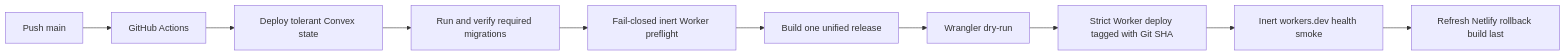
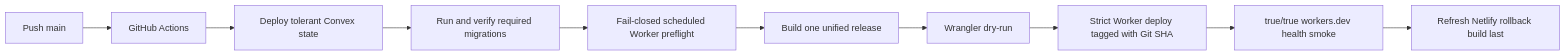
The diagram in docs/deployment.md (ndelangen/tanstack-start), drawn with Mermaid before and after one commit. The commit also changed other lines of this file and 7 other files, not shown here.

````diff
--- a/docs/deployment.md
+++ b/docs/deployment.md
@@ -145,12 +155,12 @@
 ```mermaid
 flowchart LR
     Git[Push main] --> GHA[GitHub Actions]
     GHA --> ConvexDeploy[Deploy tolerant Convex state]
     ConvexDeploy --> Migrations[Run and verify required migrations]
-    Migrations --> Preflight[Fail-closed inert Worker preflight]
+    Migrations --> Preflight[Fail-closed scheduled Worker preflight]
     Preflight --> Build[Build one unified release]
     Build --> DryRun[Wrangler dry-run]
     DryRun --> WorkerDeploy[Strict Worker deploy tagged with Git SHA]
-    WorkerDeploy --> Smoke[Inert workers.dev health smoke]
+    WorkerDeploy --> Smoke[true/true workers.dev health smoke]
     Smoke --> NetlifyDeploy[Refresh Netlify rollback build last]
 ```
````
